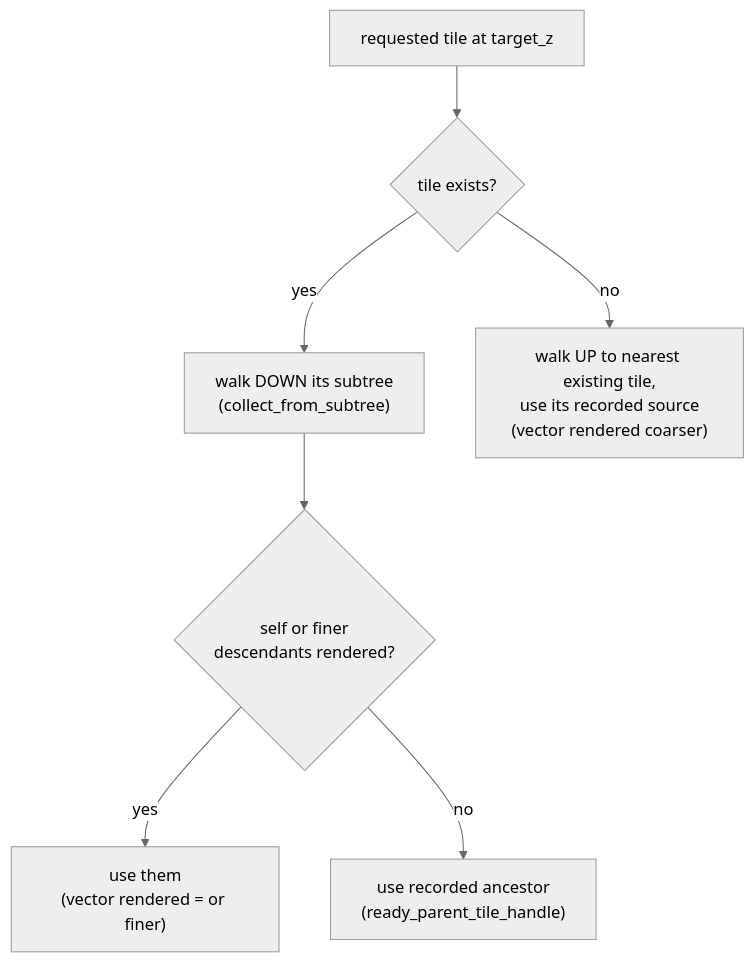
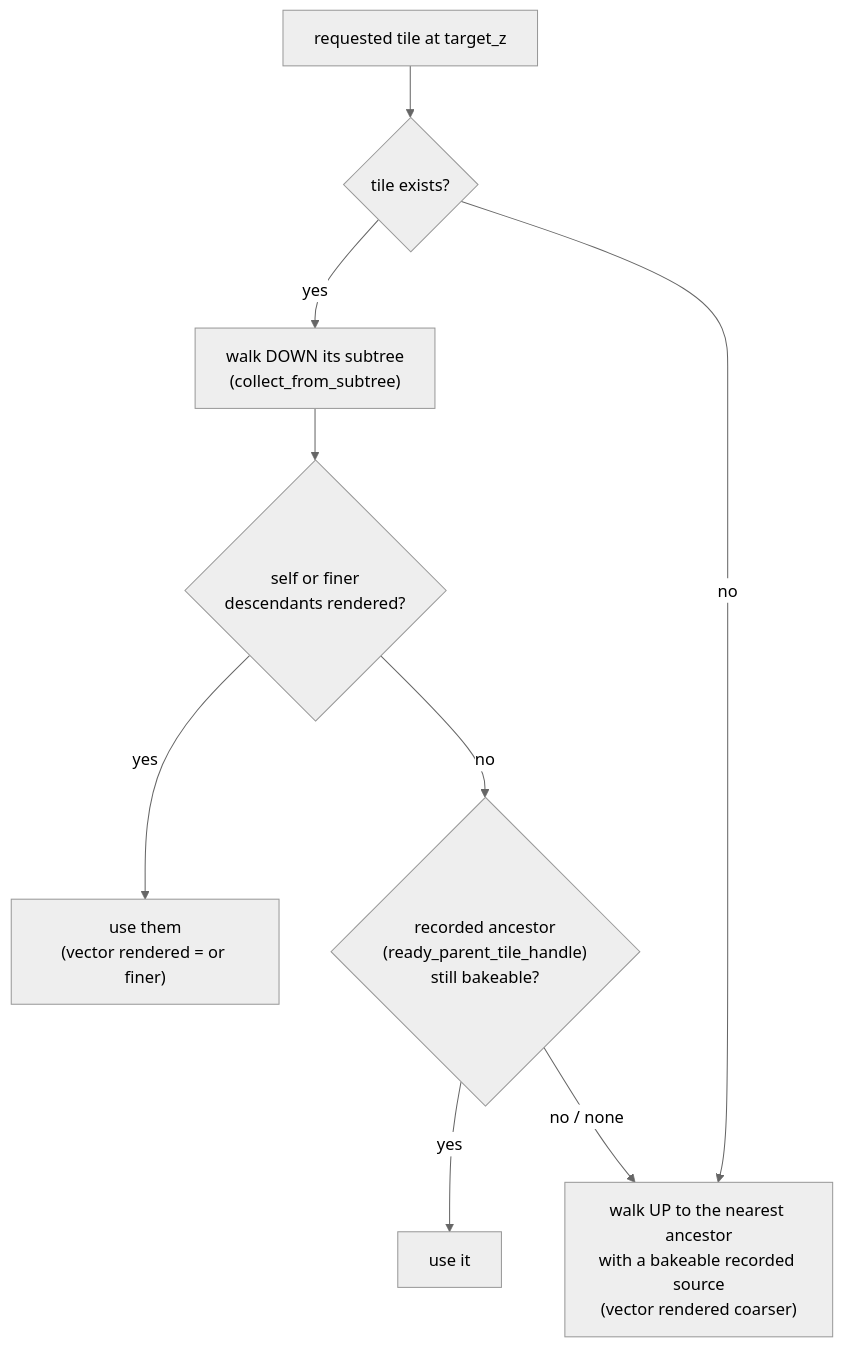
The second of 2 diagrams in guide/VECTOR_TILE_DRAPING.md (matrix9neonebuchadnezzar2199-sketch/navara), drawn with Mermaid (neutral theme) before and after one commit. The commit also changed other lines of this file and 66 other files, not shown here.

First line of the commit message:
fix: intro vector tile worker (#683)

````diff
--- a/guide/VECTOR_TILE_DRAPING.md
+++ b/guide/VECTOR_TILE_DRAPING.md
@@ -128,9 +128,11 @@
 ```mermaid
 flowchart TD
   A["requested tile at target_z"] --> B{"tile exists?"}
   B -->|"yes"| C["walk DOWN its subtree<br/>(collect_from_subtree)"]
   C --> D{"self or finer<br/>descendants rendered?"}
   D -->|"yes"| E["use them<br/>(vector rendered = or finer)"]
-  D -->|"no"| F["use recorded ancestor<br/>(ready_parent_tile_handle)"]
-  B -->|"no"| G["walk UP to nearest existing tile,<br/>use its recorded source<br/>(vector rendered coarser)"]
+  D -->|"no"| F{"recorded ancestor<br/>(ready_parent_tile_handle)<br/>still bakeable?"}
+  F -->|"yes"| H["use it"]
+  F -->|"no / none"| G
+  B -->|"no"| G["walk UP to the nearest ancestor<br/>with a bakeable recorded source<br/>(vector rendered coarser)"]
 ```
````
